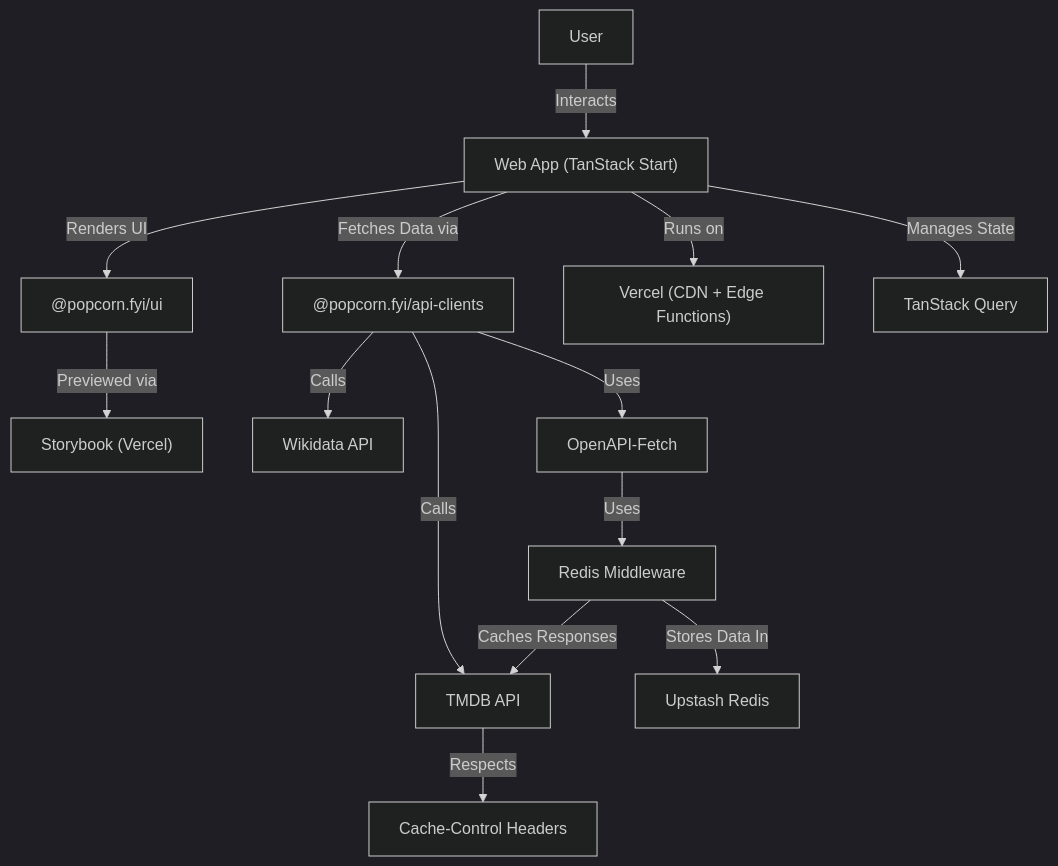
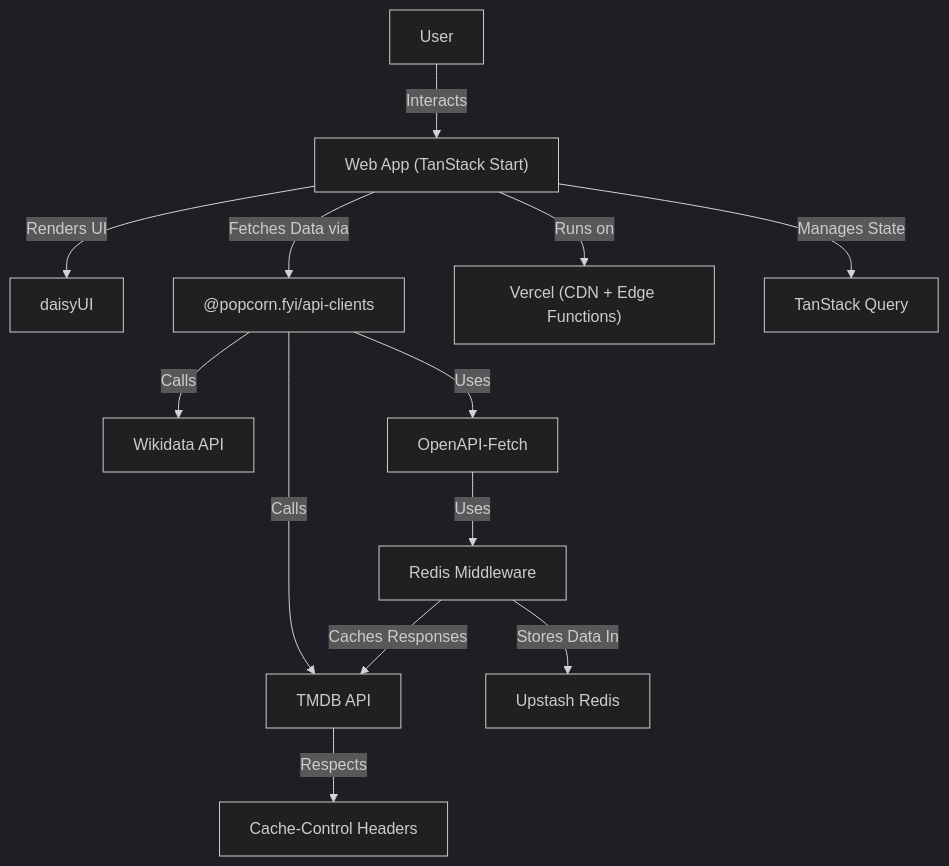
One commit to jimmy-guzman/popcorn.fyi changed the diagram in docs/architecture.md. Above: the diagram before and after it, drawn with Mermaid (dark theme). The commit also changed other lines of this file and 21 other files, not shown here.

````diff
--- a/docs/architecture.md
+++ b/docs/architecture.md
@@ -3,16 +3,15 @@
 ```mermaid
 graph TD;
     A[User] -->|Interacts| B["Web App (TanStack Start)"]
-    B -->|Renders UI| J["@popcorn.fyi/ui"]
-    J -->|Previewed via| K["Storybook (Vercel)"]
+    B -->|Renders UI| J["daisyUI"]
     B -->|Fetches Data via| C["@popcorn.fyi/api-clients"]
     C -->|Calls| D["TMDB API"]
     C -->|Calls| E["Wikidata API"]
     C -->|Uses| F["OpenAPI-Fetch"]
     F -->|Uses| N["Redis Middleware"]
     N -->|Caches Responses| D
     N -->|Stores Data In| O["Upstash Redis"]
     D -->|Respects| M["Cache-Control Headers"]
     B -->|Runs on| H["Vercel (CDN + Edge Functions)"]
     B -->|Manages State| I["TanStack Query"]
 ```
````
